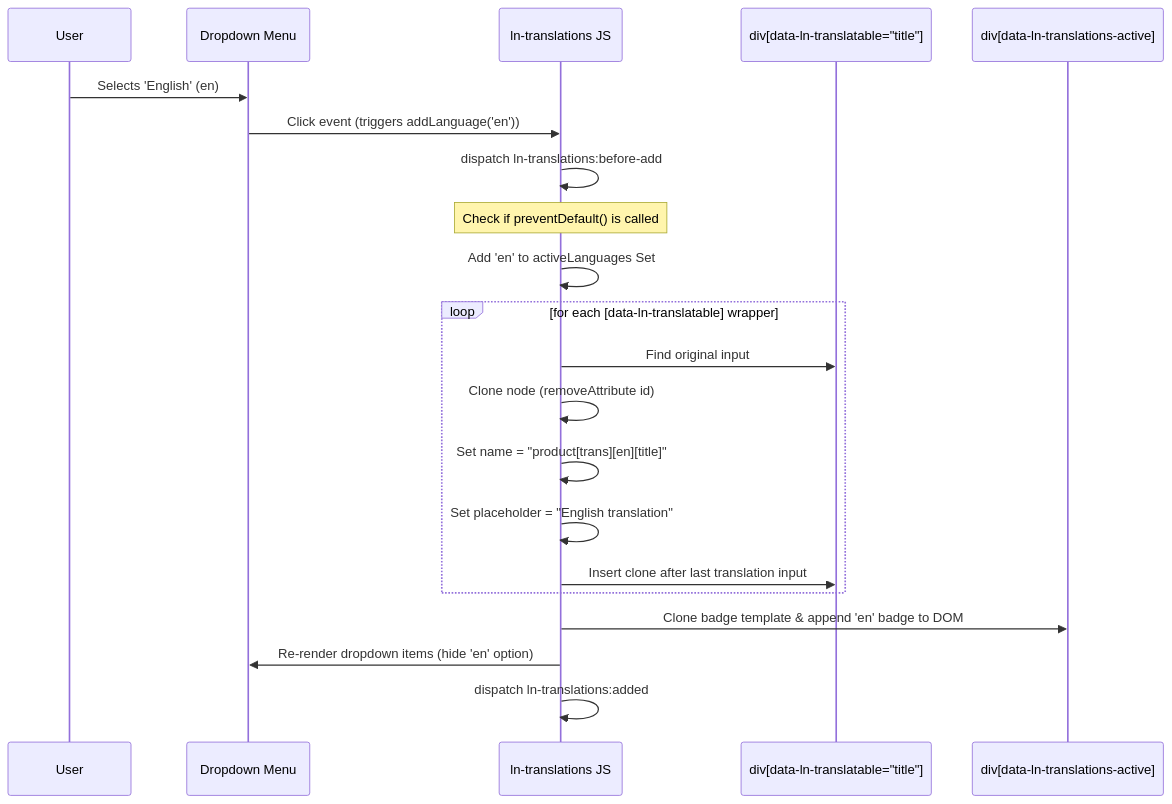
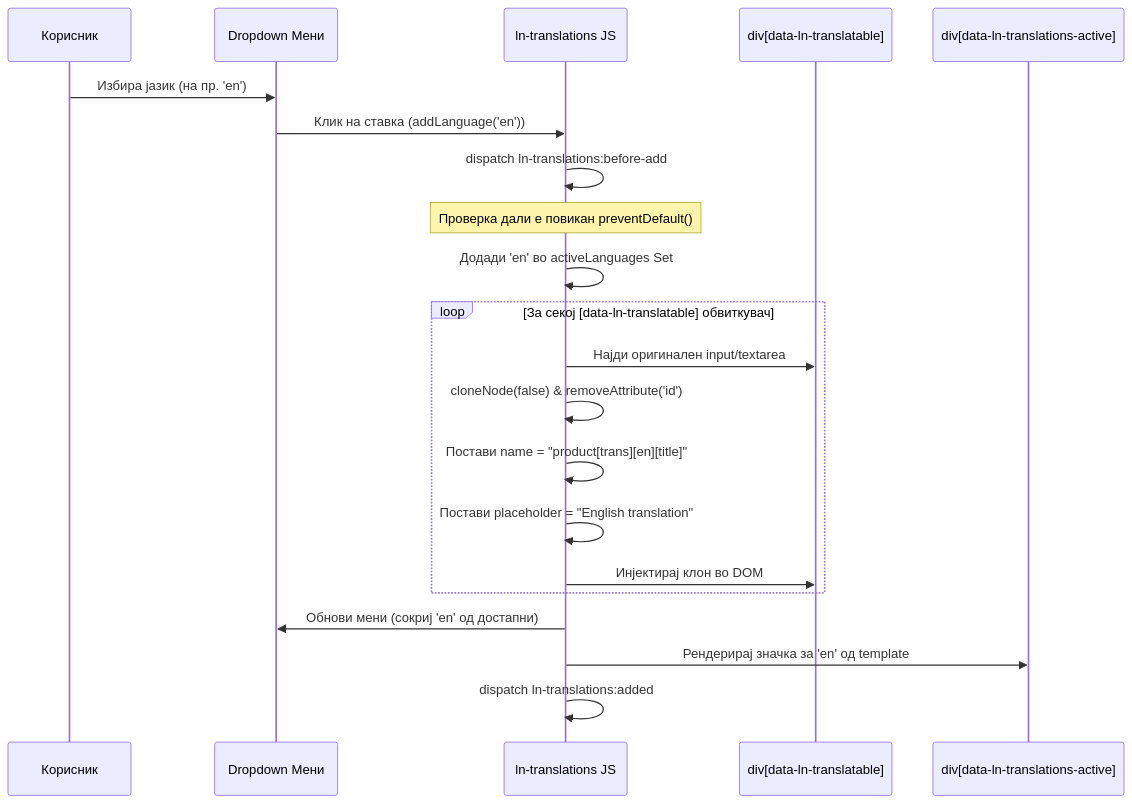
One commit to livenetworks/ln-ashlar changed the diagram in architecture_docs_draft/components/ln-translations.md. Above: the diagram before and after it, drawn with Mermaid. The commit also changed other lines of this file and 9 other files, not shown here.

Commit message:
fix(ln-translations): configurable UI labels, hidden add-button toggle, select deep-clone + doc sync

````diff
--- a/architecture_docs_draft/components/ln-translations.md
+++ b/architecture_docs_draft/components/ln-translations.md
@@ -156,29 +201,29 @@
 ```mermaid
 sequenceDiagram
-    participant User
-    participant Menu as Dropdown Menu
+    participant User as Корисник
+    participant Menu as Dropdown Мени
     participant Translations as ln-translations JS
-    participant Wrapper as div[data-ln-translatable="title"]
+    participant Wrapper as div[data-ln-translatable]
     participant Badges as div[data-ln-translations-active]
 
-    User->>Menu: Selects 'English' (en)
-    Menu->>Translations: Click event (triggers addLanguage('en'))
+    User->>Menu: Избира јазик (на пр. 'en')
+    Menu->>Translations: Клик на ставка (addLanguage('en'))
     
     Translations->>Translations: dispatch ln-translations:before-add
-    Note over Translations: Check if preventDefault() is called
+    Note over Translations: Проверка дали е повикан preventDefault()
     
-    Translations->>Translations: Add 'en' to activeLanguages Set
+    Translations->>Translations: Додади 'en' во activeLanguages Set
     
-    loop for each [data-ln-translatable] wrapper
-        Translations->>Wrapper: Find original input
-        Translations->>Translations: Clone node (removeAttribute id)
-        Translations->>Translations: Set name = "product[trans][en][title]"
-        Translations->>Translations: Set placeholder = "English translation"
-        Translations->>Wrapper: Insert clone after last translation input
+    loop За секој [data-ln-translatable] обвиткувач
+        Translations->>Wrapper: Најди оригинален input/textarea
+        Translations->>Translations: cloneNode(false) & removeAttribute('id')
+        Translations->>Translations: Постави name = "product[trans][en][title]"
+        Translations->>Translations: Постави placeholder = "English translation"
+        Translations->>Wrapper: Инјектирај клон во DOM
     end
 
-    Translations->>Badges: Clone badge template & append 'en' badge to DOM
-    Translations->>Menu: Re-render dropdown items (hide 'en' option)
+    Translations->>Menu: Обнови мени (сокриј 'en' од достапни)
+    Translations->>Badges: Рендерирај значка за 'en' од template
     
     Translations->>Translations: dispatch ln-translations:added
 ```
````
